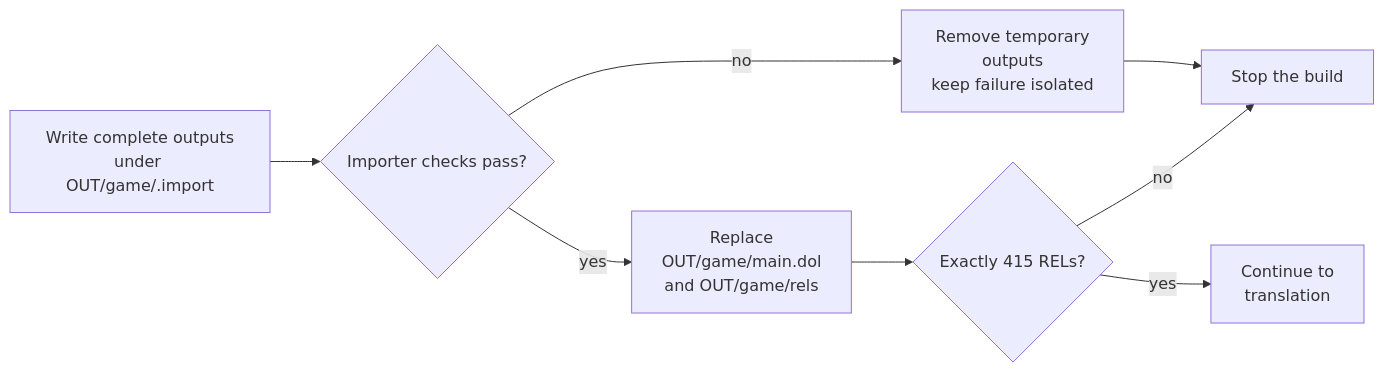
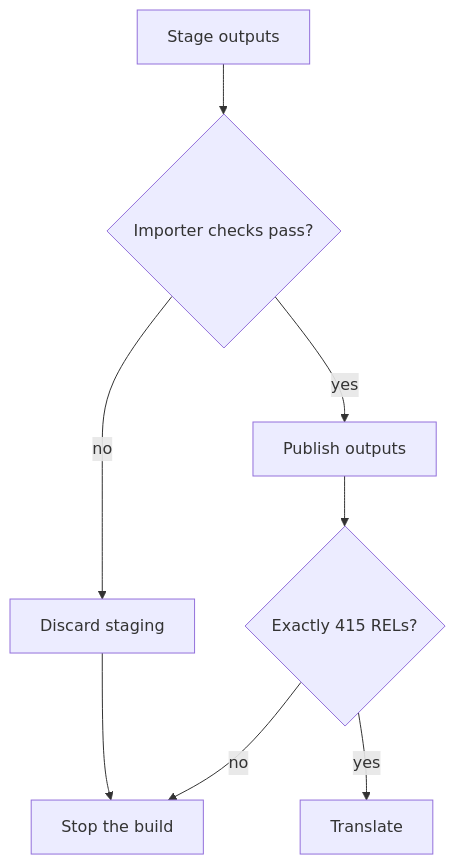
One commit to Aelbannan/boat_of_daphnes changed the sixth of 10 diagrams in docs/architecture/Build.md. Above: the diagram before and after it, drawn with Mermaid. The commit also changed other lines of this file, not shown here.

Commit message:
Simplify build diagrams

````diff
--- a/docs/architecture/Build.md
+++ b/docs/architecture/Build.md
@@ -395,22 +345,16 @@
 ```mermaid
-flowchart LR
-    Prepare["`Write complete outputs
-under OUT/game/.import`"]
+flowchart TD
+    Prepare["Stage outputs"]
     Importer{"Importer checks pass?"}
-    Clean["`Remove temporary
-outputs
-keep failure isolated`"]
-    Publish["`Replace
-OUT/game/main.dol
-and OUT/game/rels`"]
+    Clean["Discard staging"]
+    Publish["Publish outputs"]
     Count{"Exactly 415 RELs?"}
     Stop["Stop the build"]
-    Translate["`Continue to
-translation`"]
+    Translate["Translate"]
 
     Prepare --> Importer
     Importer -->|no| Clean --> Stop
     Importer -->|yes| Publish --> Count
     Count -->|no| Stop
     Count -->|yes| Translate
 ```
````
